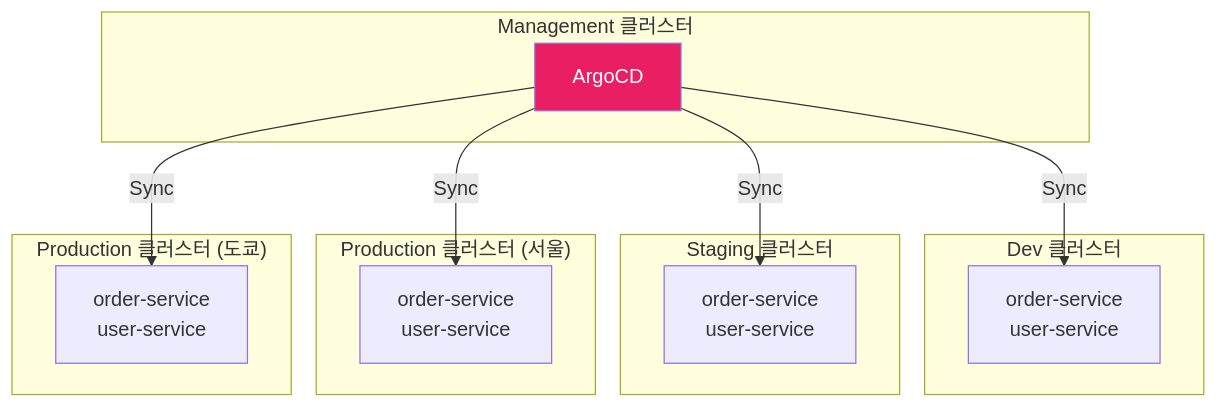
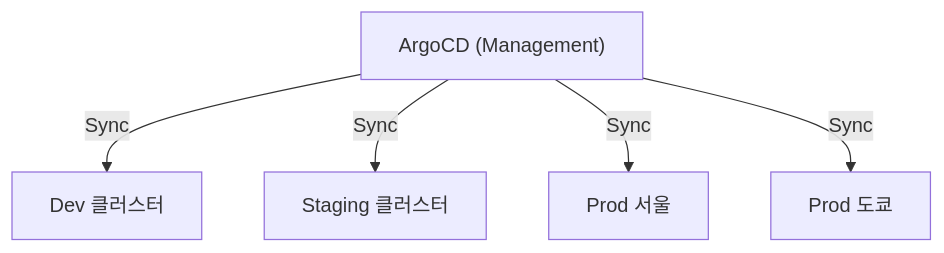
Before and after one commit to yjkim2015/yjkim2015.github.io: the sixth of 7 diagrams in _posts/cicd/2026-05-03-gitops-argocd.md, drawn with Mermaid. The commit also changed other lines of this file and 215 other files, not shown here.

First line of the commit message:
신규 포스트 10개 추가 + Mermaid 전면 축소 + SystemDesign 시리즈 보강

````diff
--- a/_posts/cicd/2026-05-03-gitops-argocd.md
+++ b/_posts/cicd/2026-05-03-gitops-argocd.md
@@ -370,29 +344,12 @@
 ```mermaid
 graph TB
-    subgraph "Management 클러스터"
-        ARGO["ArgoCD"]
-    end
-
-    subgraph "Dev 클러스터"
-        DEV_APP["order-service<br/>user-service"]
-    end
-
-    subgraph "Staging 클러스터"
-        STG_APP["order-service<br/>user-service"]
-    end
-
-    subgraph "Production 클러스터 (서울)"
-        PROD_KR["order-service<br/>user-service"]
-    end
-
-    subgraph "Production 클러스터 (도쿄)"
-        PROD_JP["order-service<br/>user-service"]
-    end
-
-    ARGO -->|"Sync"| DEV_APP
-    ARGO -->|"Sync"| STG_APP
+    ARGO["ArgoCD (Management)"]
+    DEV["Dev 클러스터"]
+    STG["Staging 클러스터"]
+    PROD_KR["Prod 서울"]
+    PROD_JP["Prod 도쿄"]
+    ARGO -->|"Sync"| DEV
+    ARGO -->|"Sync"| STG
     ARGO -->|"Sync"| PROD_KR
     ARGO -->|"Sync"| PROD_JP
-
-    style ARGO fill:#E91E63,color:#fff
 ```
````
